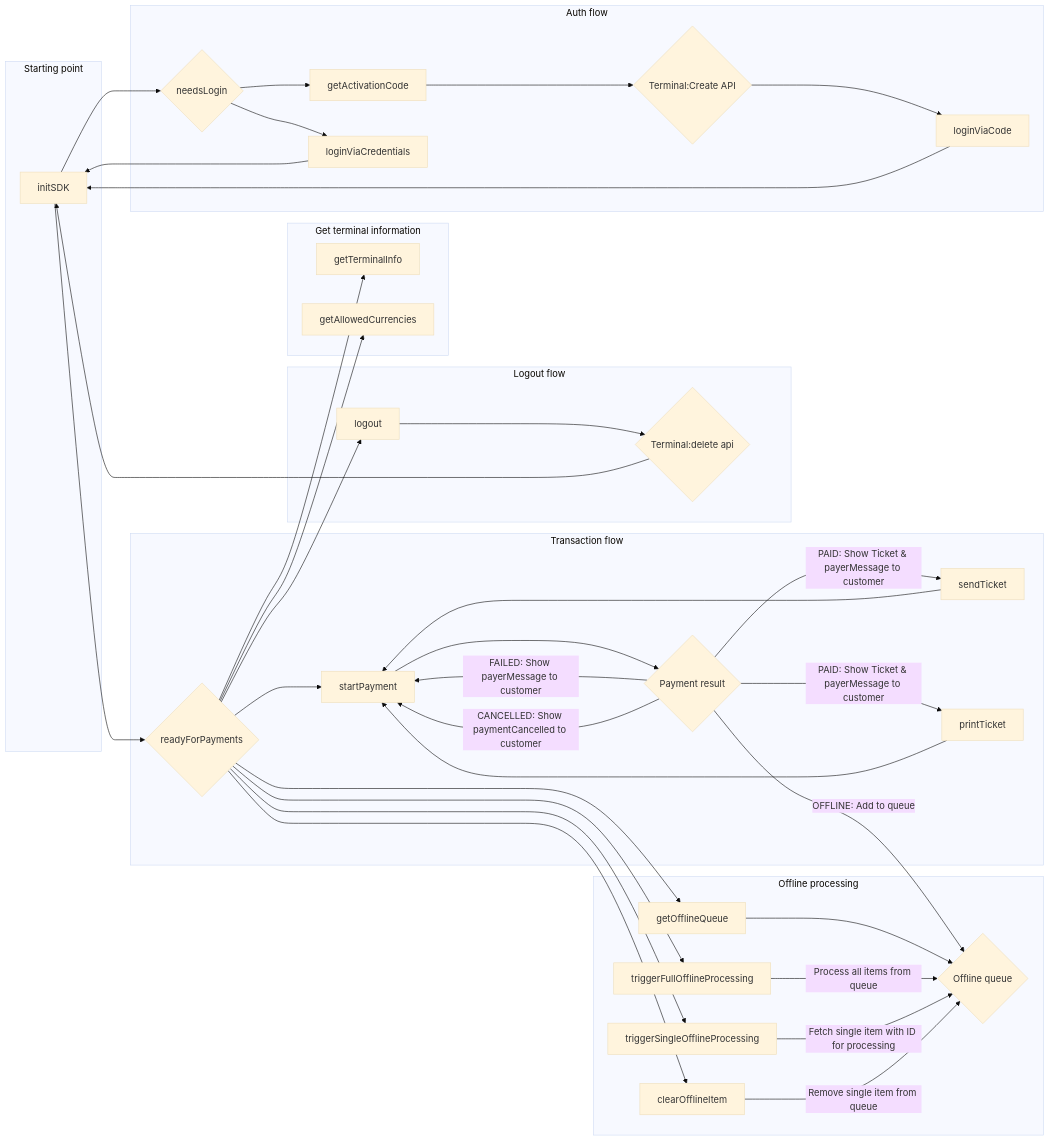
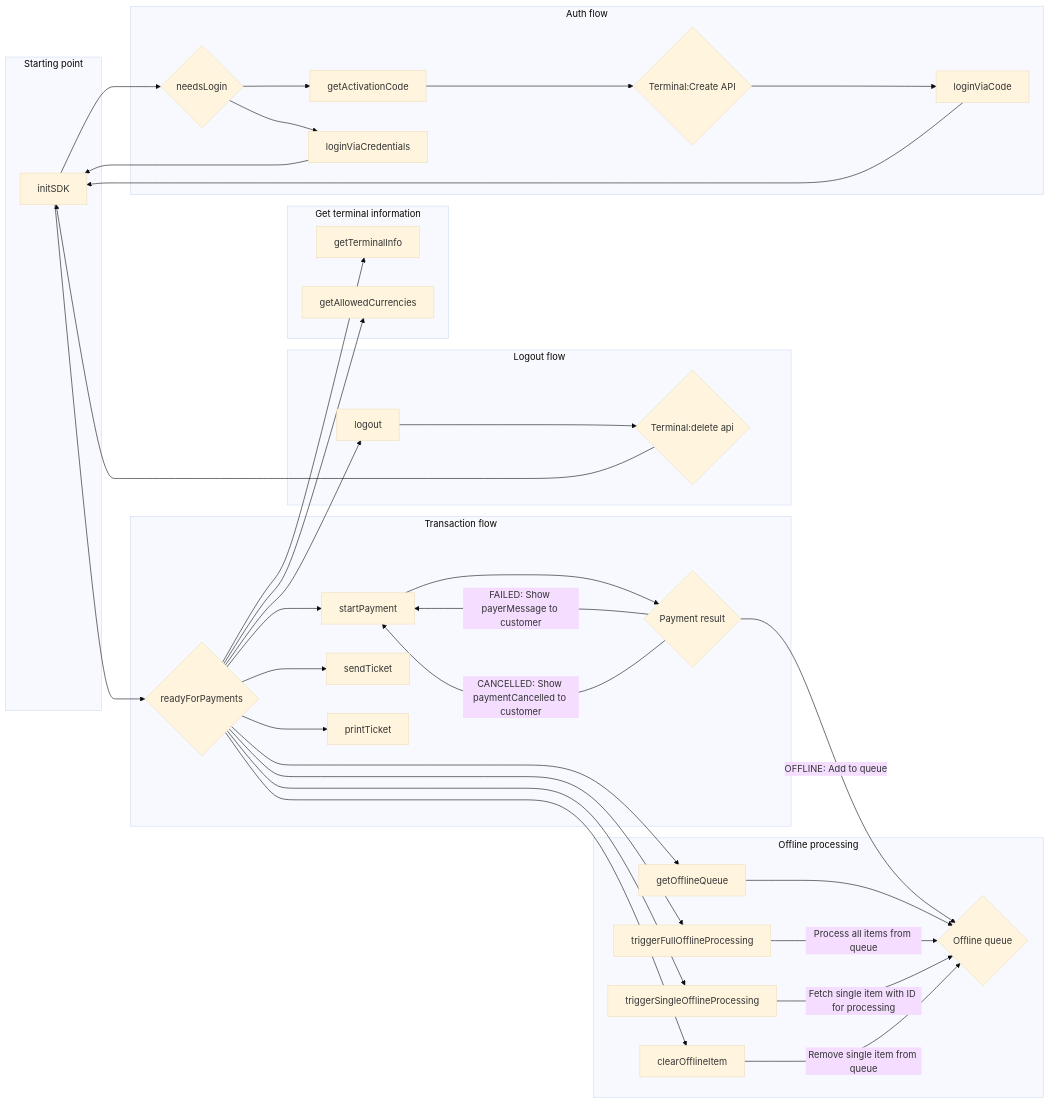
One commit to paynl/POS.SDK changed the diagram in docs/sdk-android-pax.md. Above: the diagram before and after it, drawn with Mermaid (base theme). The commit also changed 3 other files, not shown here.

````diff
--- a/docs/sdk-android-pax.md
+++ b/docs/sdk-android-pax.md
@@ -110,51 +110,49 @@
 ```mermaid
 flowchart LR;
   subgraph Starting point
   A[initSDK]
   end
 
   subgraph Transaction flow
   A --> B{readyForPayments}
   B --> F[startPayment]
   F --> H{Payment result}
-  H --> |PAID: Show Ticket & payerMessage to customer| N
-  H --> |PAID: Show Ticket & payerMessage to customer| T
-  N[sendTicket] --> F
-  T[printTicket] --> F
+  B --> N[sendTicket]
+  B --> T[printTicket]
   H --> |FAILED: Show payerMessage to customer| F
   H --> |CANCELLED: Show paymentCancelled to customer| F
   end
 
   subgraph Get terminal information
   B --> I[getTerminalInfo]
   B --> J[getAllowedCurrencies]
   end
 
   subgraph Auth flow
   A --> M{needsLogin}
   M --> C[getActivationCode]
   C --> D{Terminal:Create API}
   D --> E[loginViaCode]
   E --> A
   M --> G[loginViaCredentials]
   G --> A
   end
   
   subgraph Logout flow
   B --> K[logout]
   K --> L{Terminal:delete api}
   L --> A
   end
 
   subgraph Offline processing
   H -->|OFFLINE: Add to queue| O{Offline queue}
   B --> P[getOfflineQueue]
   P --> O
   B --> Q[triggerFullOfflineProcessing]
   Q -->|Process all items from queue| O
   B --> R[triggerSingleOfflineProcessing]
   R -->|Fetch single item with ID for processing| O
   B --> S[clearOfflineItem]
   S -->|Remove single item from queue| O
   end
 ```
````
